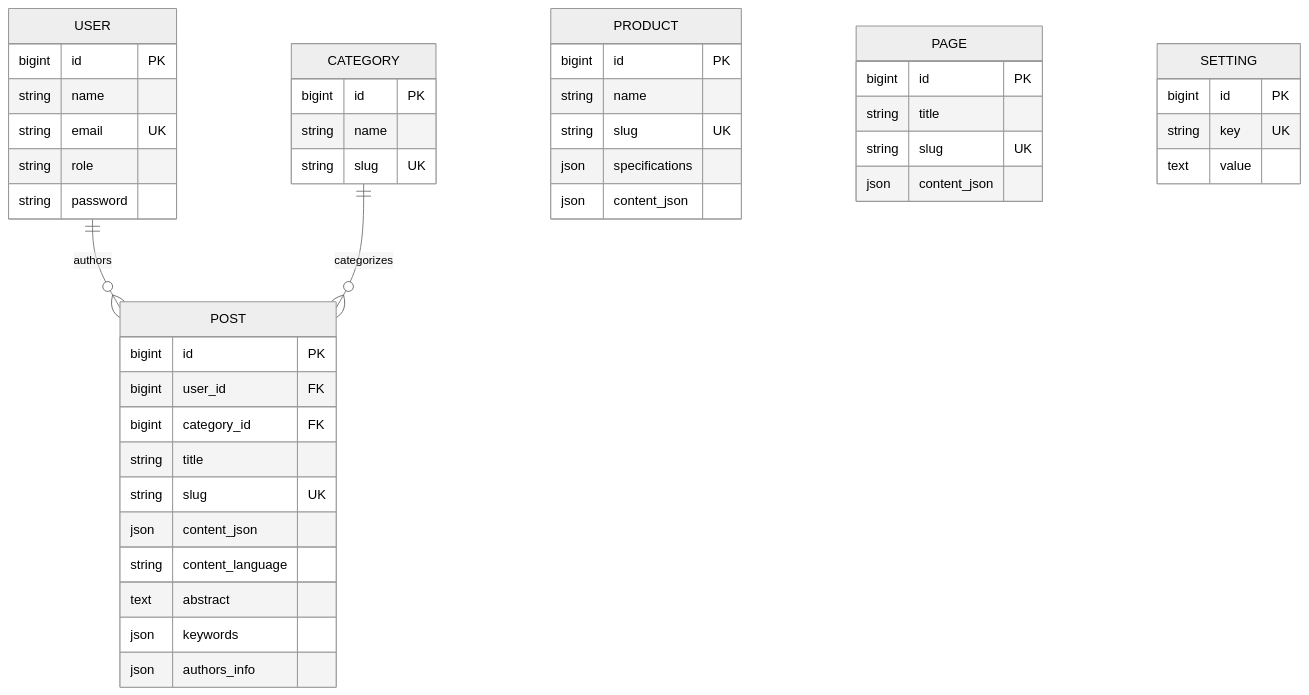
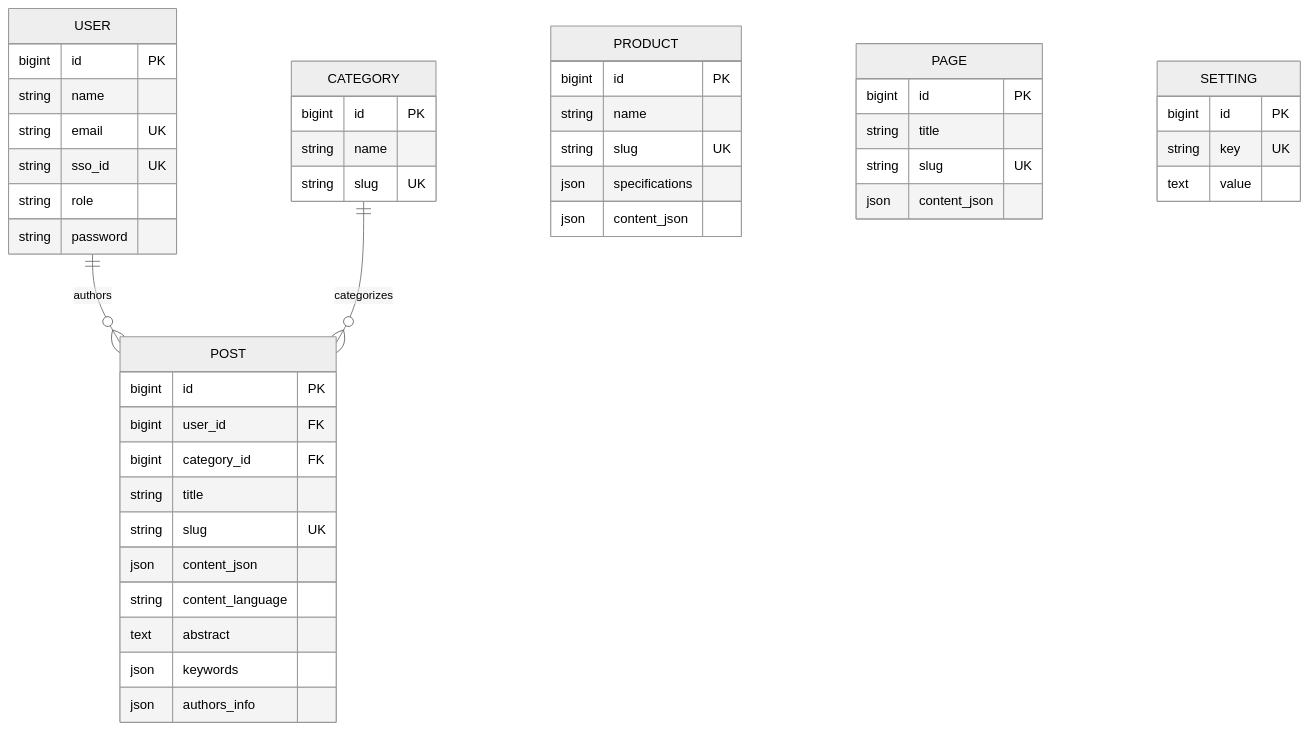
Before and after one commit to Madeena-software/madeena-company-profile: the fifth of 6 diagrams in docs/PRD.md, drawn with Mermaid (neutral theme). The commit also changed other lines of this file and 12 other files, not shown here.

````diff
--- a/docs/PRD.md
+++ b/docs/PRD.md
@@ -365,47 +374,48 @@
 ```mermaid
 erDiagram
     USER ||--o{ POST : authors
     USER {
         bigint id PK
         string name
         string email UK
+        string sso_id UK
         string role
         string password
     }
     CATEGORY ||--o{ POST : categorizes
     CATEGORY {
         bigint id PK
         string name
         string slug UK
     }
     POST {
         bigint id PK
         bigint user_id FK
         bigint category_id FK
         string title
         string slug UK
         json content_json
         string content_language
         text abstract
         json keywords
         json authors_info
     }
     PRODUCT {
         bigint id PK
         string name
         string slug UK
         json specifications
         json content_json
     }
     PAGE {
         bigint id PK
         string title
         string slug UK
         json content_json
     }
     SETTING {
         bigint id PK
         string key UK
         text value
     }
 ```
````
